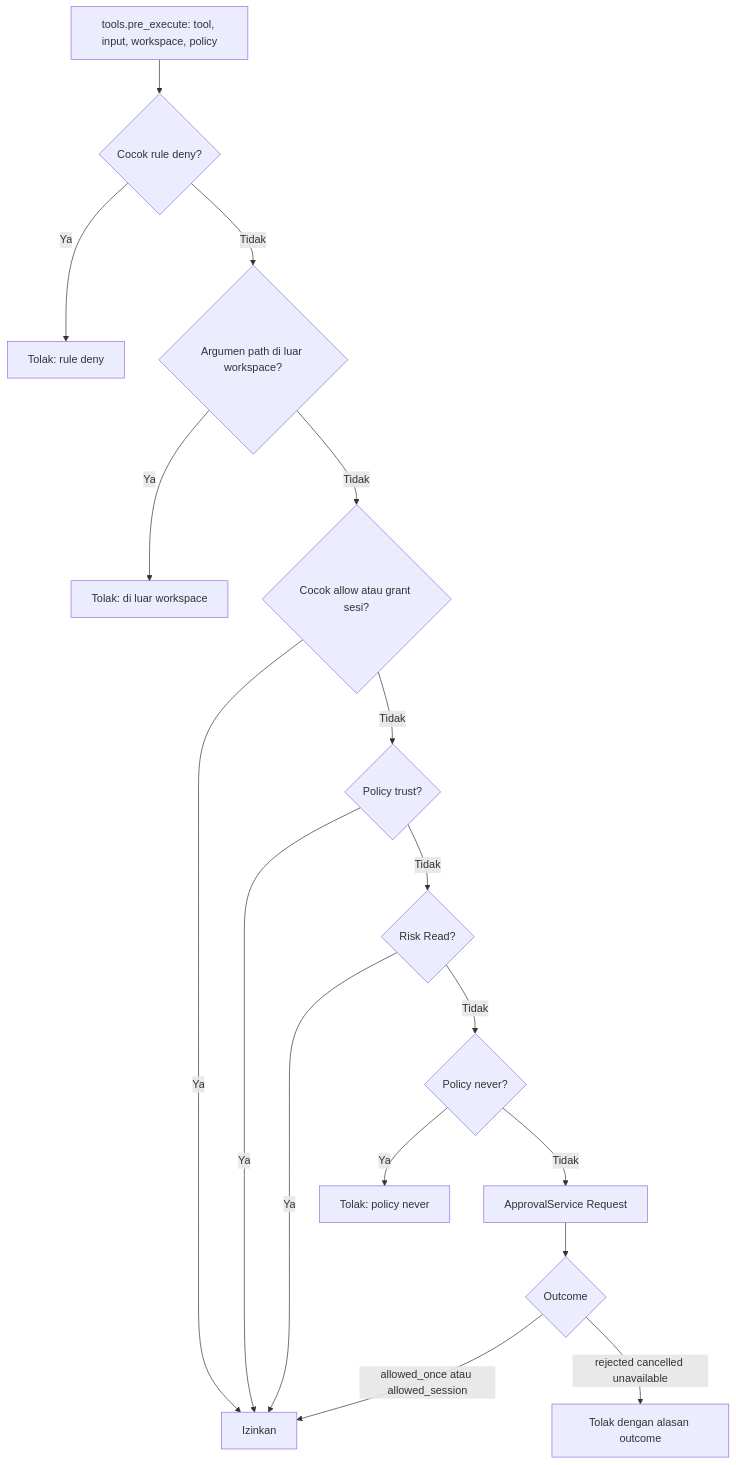
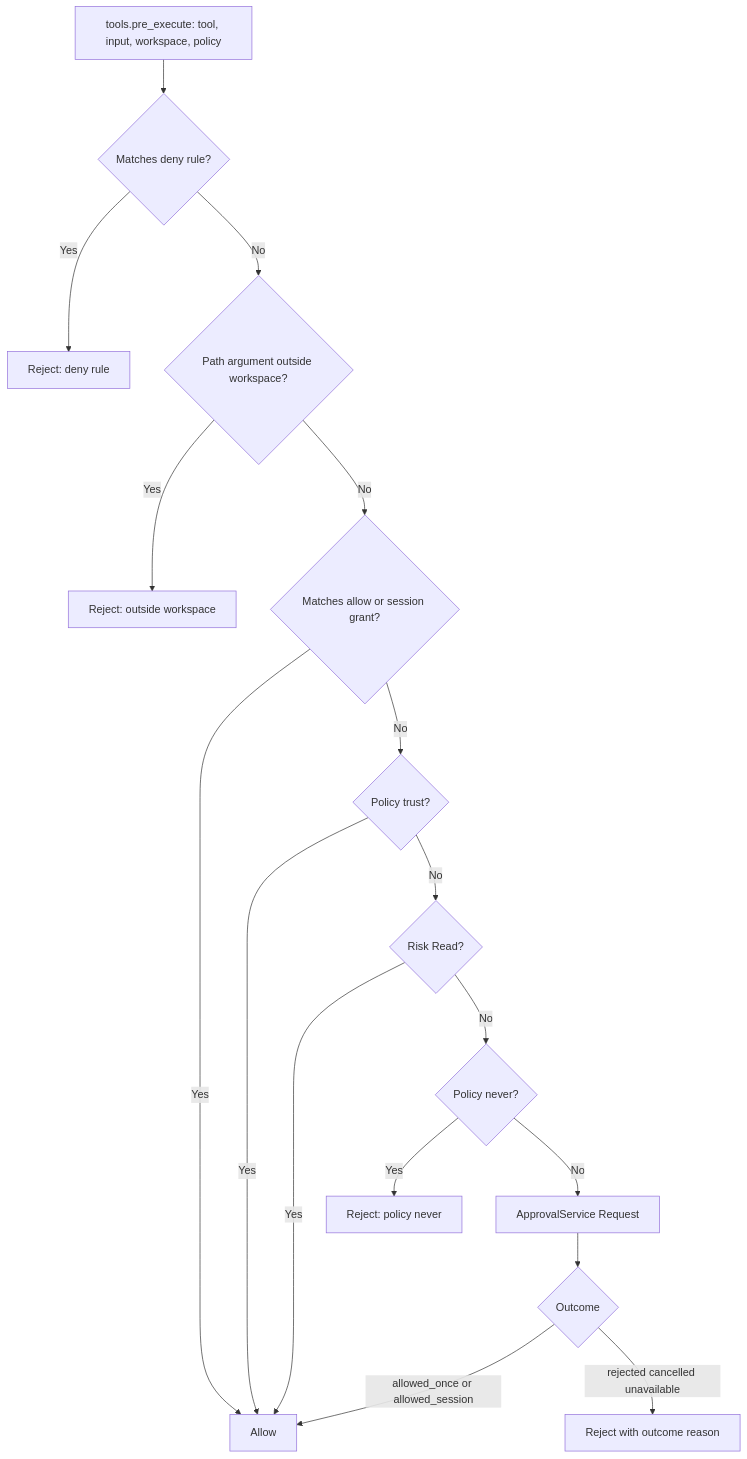
One commit to ridhomujizat/lana-harness changed the fifth of 6 diagrams in docs/specs/4-session-permission/design.md. Above: the diagram before and after it, drawn with Mermaid. The commit also changed other lines of this file and 172 other files, not shown here.

````diff
--- a/docs/specs/4-session-permission/design.md
+++ b/docs/specs/4-session-permission/design.md
@@ -114,19 +114,19 @@
 ```mermaid
 flowchart TD
-  A["tools.pre_execute: tool, input, workspace, policy"] --> B{"Cocok rule deny?"}
-  B -- "Ya" --> X1["Tolak: rule deny"]
-  B -- "Tidak" --> C{"Argumen path di luar workspace?"}
-  C -- "Ya" --> X2["Tolak: di luar workspace"]
-  C -- "Tidak" --> D{"Cocok allow atau grant sesi?"}
-  D -- "Ya" --> OK["Izinkan"]
-  D -- "Tidak" --> E{"Policy trust?"}
-  E -- "Ya" --> OK
-  E -- "Tidak" --> F{"Risk Read?"}
-  F -- "Ya" --> OK
-  F -- "Tidak" --> G{"Policy never?"}
-  G -- "Ya" --> X3["Tolak: policy never"]
-  G -- "Tidak" --> H["ApprovalService Request"]
+  A["tools.pre_execute: tool, input, workspace, policy"] --> B{"Matches deny rule?"}
+  B -- "Yes" --> X1["Reject: deny rule"]
+  B -- "No" --> C{"Path argument outside workspace?"}
+  C -- "Yes" --> X2["Reject: outside workspace"]
+  C -- "No" --> D{"Matches allow or session grant?"}
+  D -- "Yes" --> OK["Allow"]
+  D -- "No" --> E{"Policy trust?"}
+  E -- "Yes" --> OK
+  E -- "No" --> F{"Risk Read?"}
+  F -- "Yes" --> OK
+  F -- "No" --> G{"Policy never?"}
+  G -- "Yes" --> X3["Reject: policy never"]
+  G -- "No" --> H["ApprovalService Request"]
   H --> I{"Outcome"}
-  I -- "allowed_once atau allowed_session" --> OK
-  I -- "rejected cancelled unavailable" --> X4["Tolak dengan alasan outcome"]
+  I -- "allowed_once or allowed_session" --> OK
+  I -- "rejected cancelled unavailable" --> X4["Reject with outcome reason"]
 ```
````
